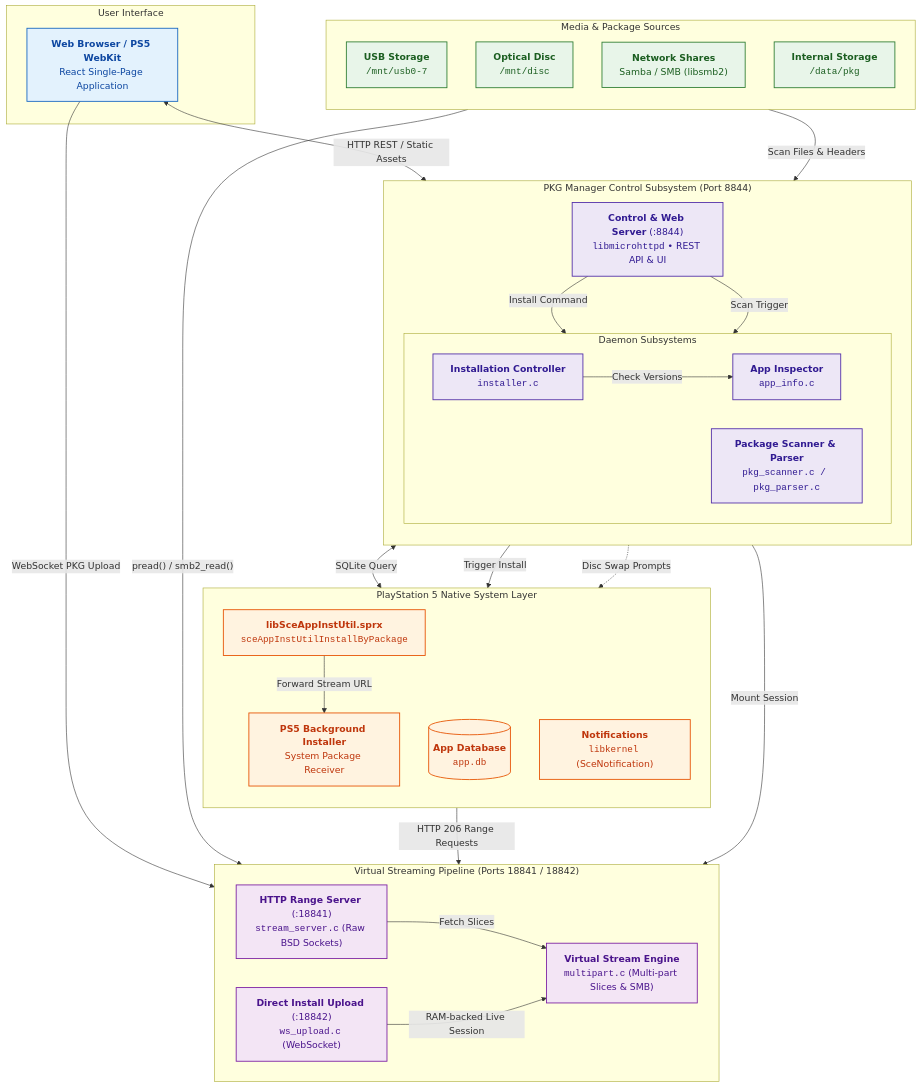
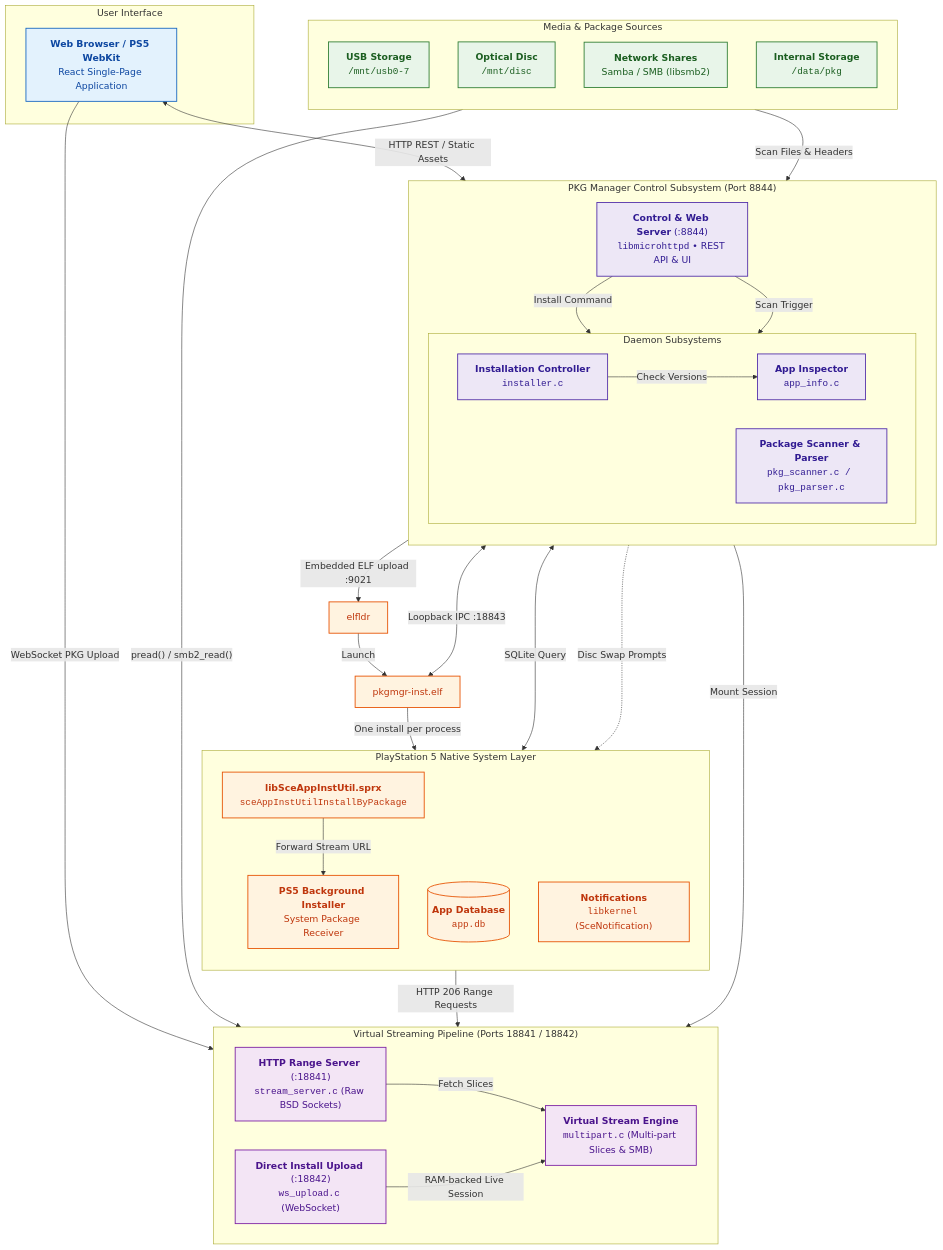
The diagram in ARCHITECTURE.md (bsk193/pkg-manager-x), drawn with Mermaid before and after one commit. The commit also changed other lines of this file and 52 other files, not shown here.

````diff
--- a/ARCHITECTURE.md
+++ b/ARCHITECTURE.md
@@ -11,78 +11,81 @@
 ```mermaid
 flowchart TB
     subgraph UI ["User Interface"]
         BROWSER["<b>Web Browser / PS5 WebKit</b><br/>React Single-Page Application"]
     end
 
     subgraph STOR ["Media & Package Sources"]
         direction TB
         USB["<b>USB Storage</b><br/><code>/mnt/usb0-7</code>"]
         DISC["<b>Optical Disc</b><br/><code>/mnt/disc</code>"]
         SMB["<b>Network Shares</b><br/>Samba / SMB (libsmb2)"]
         DATA["<b>Internal Storage</b><br/><code>/data/pkg</code>"]
     end
 
     subgraph CTRL ["PKG Manager Control Subsystem (Port 8844)"]
         direction TB
         HTTP8844["<b>Control & Web Server</b> (:8844)<br/><code>libmicrohttpd</code> &bull; REST API & UI"]
         subgraph CTRL_WORKERS ["Daemon Subsystems"]
             direction LR
             APPINFO["<b>App Inspector</b><br/><code>app_info.c</code>"]
             INSTALLER["<b>Installation Controller</b><br/><code>installer.c</code>"]
             SCANNER["<b>Package Scanner & Parser</b><br/><code>pkg_scanner.c / pkg_parser.c</code>"]
         end
     end
 
     subgraph STRM ["Virtual Streaming Pipeline (Ports 18841 / 18842)"]
         direction LR
         SOCKET["<b>HTTP Range Server</b> (:18841)<br/><code>stream_server.c</code> (Raw BSD Sockets)"]
         WS["<b>Direct Install Upload</b> (:18842)<br/><code>ws_upload.c</code> (WebSocket)"]
         VSTREAM["<b>Virtual Stream Engine</b><br/><code>multipart.c</code> (Multi-part Slices & SMB)"]
     end
 
     subgraph PS5 ["PlayStation 5 Native System Layer"]
         direction TB
         SCE["<b>libSceAppInstUtil.sprx</b><br/><code>sceAppInstUtilInstallByPackage</code>"]
         RECEIVER["<b>PS5 Background Installer</b><br/>System Package Receiver"]
         APPDB[("<b>App Database</b><br/><code>app.db</code>")]
         NOTIF["<b>Notifications</b><br/><code>libkernel</code> (SceNotification)"]
     end
 
     %% UI Interaction
     BROWSER <-->|"HTTP REST / Static Assets"| HTTP8844
     BROWSER -->|"WebSocket PKG Upload"| WS
 
     %% Control Plane routing
     HTTP8844 -->|"Install Command"| INSTALLER
     HTTP8844 -->|"Scan Trigger"| SCANNER
     INSTALLER -->|"Check Versions"| APPINFO
 
     %% Left: PS5 OS interactions
     APPINFO <-->|"SQLite Query"| APPDB
-    INSTALLER -->|"Trigger Install"| SCE
+    INSTALLER -->|"Embedded ELF upload :9021"| ELFLDR["elfldr"]
+    ELFLDR -->|"Launch"| HELPER["pkgmgr-inst.elf"]
+    INSTALLER <-->|"Loopback IPC :18843"| HELPER
+    HELPER -->|"One install per process"| SCE
     INSTALLER -.->|"Disc Swap Prompts"| NOTIF
     SCE -->|"Forward Stream URL"| RECEIVER
     RECEIVER -->|"HTTP 206 Range Requests"| SOCKET
 
     %% Center: Stream session mount
     INSTALLER -->|"Mount Session"| VSTREAM
     SOCKET -->|"Fetch Slices"| VSTREAM
     WS -->|"RAM-backed Live Session"| VSTREAM
 
     %% Right: Storage reads
     STOR -->|"Scan Files & Headers"| SCANNER
     STOR -->|"pread() / smb2_read()"| VSTREAM
 
     %% Styling
     classDef client fill:#e3f2fd,stroke:#1565c0,stroke-width:1.5px,color:#0d47a1;
     classDef ctrl fill:#ede7f6,stroke:#512da8,stroke-width:1.5px,color:#311b92;
     classDef stor fill:#e8f5e9,stroke:#2e7d32,stroke-width:1.5px,color:#1b5e20;
     classDef strm fill:#f3e5f5,stroke:#7b1fa2,stroke-width:1.5px,color:#4a148c;
     classDef ps5 fill:#fff3e0,stroke:#e65100,stroke-width:1.5px,color:#bf360c;
 
     class BROWSER client;
     class HTTP8844,APPINFO,INSTALLER,SCANNER ctrl;
     class USB,DISC,SMB,DATA stor;
     class SOCKET,WS,VSTREAM strm;
-    class SCE,RECEIVER,APPDB,NOTIF ps5;
+    class ELFLDR,HELPER,SCE,RECEIVER,APPDB,NOTIF ps5;
 ```
````
